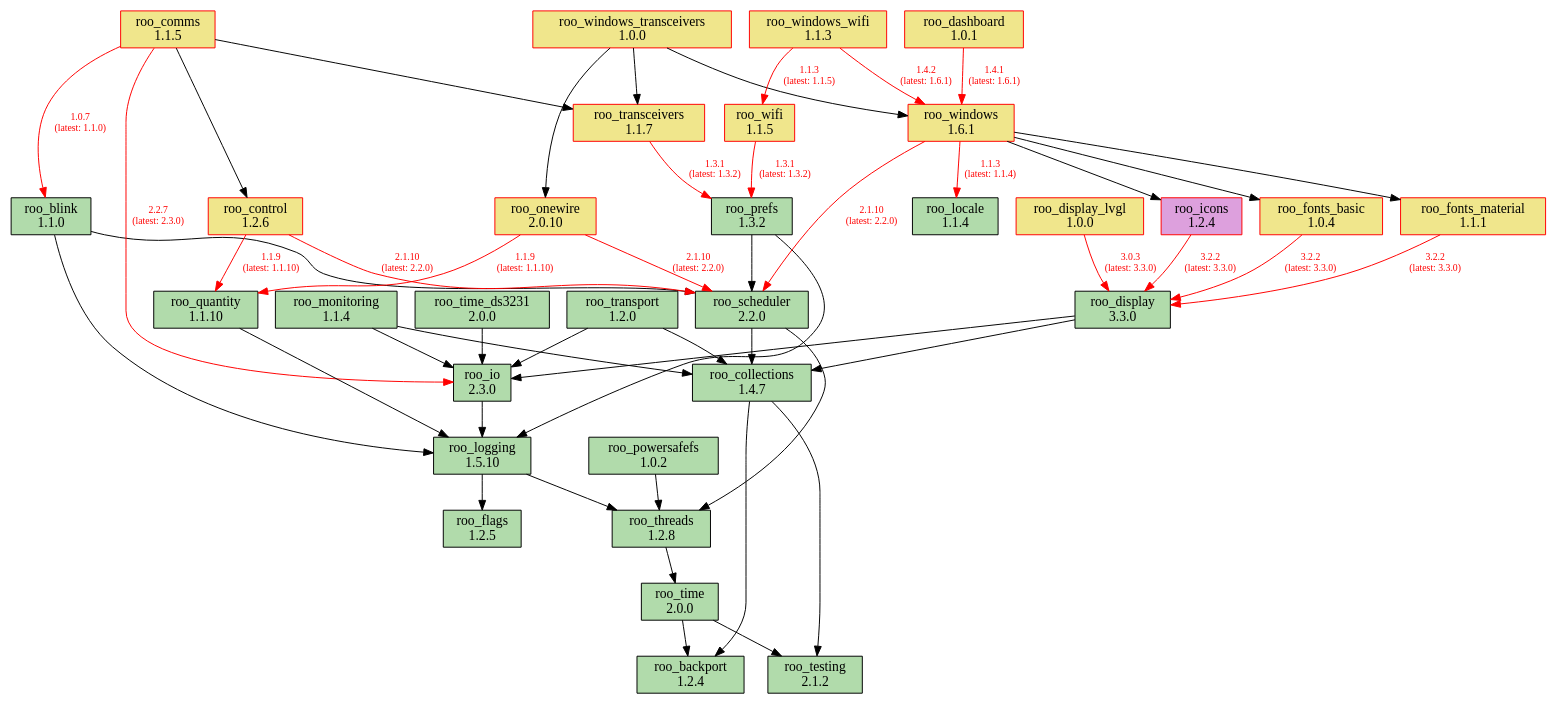
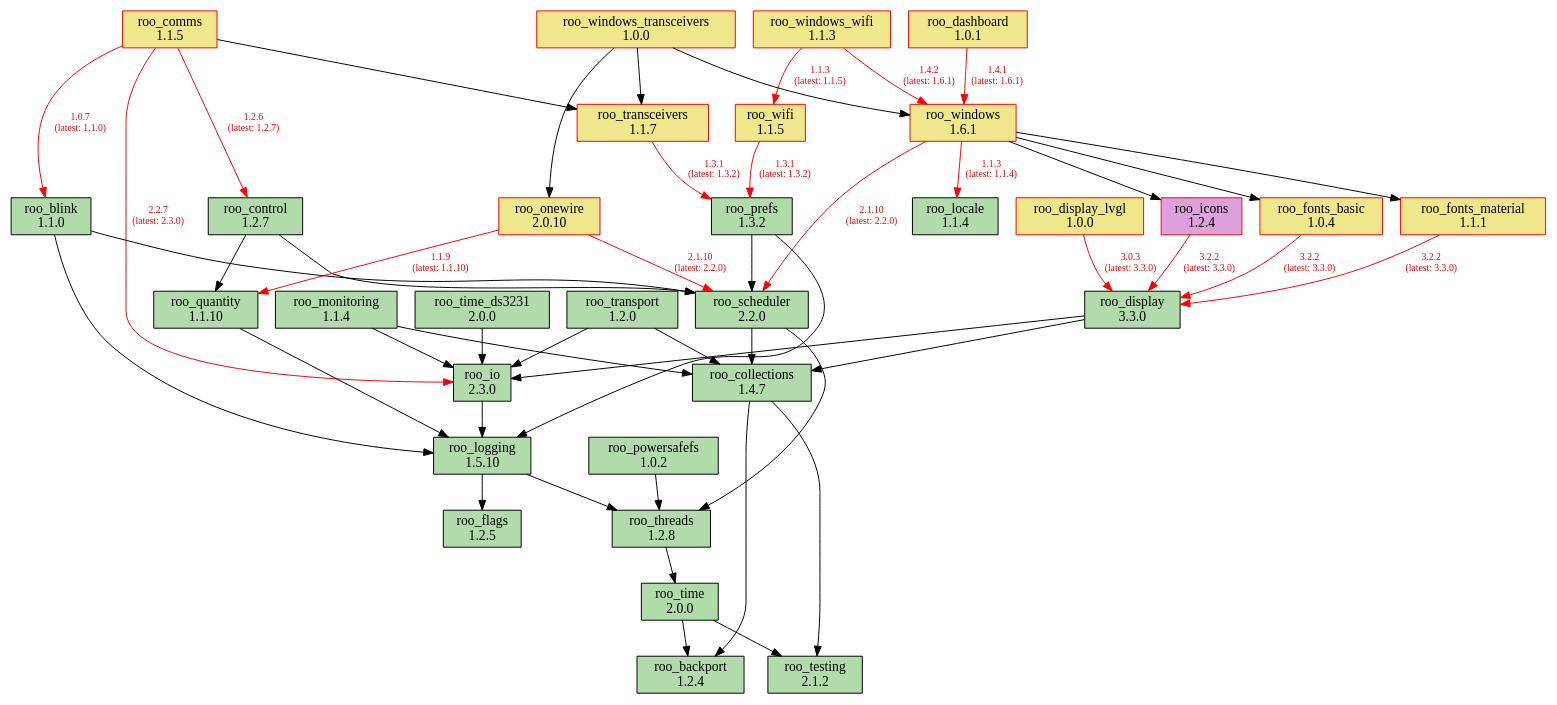
One commit to dejwk/roo-registry changed the diagram in doc/dependencies.dot. Above: the diagram before and after it, drawn with Graphviz. The commit also changed 3 other files, not shown here.

Commit message:
Added roo_control 1.2.7 to the registry.

```diff
--- a/doc/dependencies.dot
+++ b/doc/dependencies.dot
@@ -1,88 +1,88 @@
 digraph dependencies {
     rankdir=TB;
     node [shape=box, style=filled];
     edge [fontsize=10];
 
     // Modules
     "roo_backport" [label="roo_backport\n1.2.4", fillcolor="#b1dbab", color="black"];
     "roo_blink" [label="roo_blink\n1.1.0", fillcolor="#b1dbab", color="black"];
     "roo_collections" [label="roo_collections\n1.4.7", fillcolor="#b1dbab", color="black"];
     "roo_comms" [label="roo_comms\n1.1.5", fillcolor="khaki", color="red"];
-    "roo_control" [label="roo_control\n1.2.6", fillcolor="khaki", color="red"];
+    "roo_control" [label="roo_control\n1.2.7", fillcolor="#b1dbab", color="black"];
     "roo_dashboard" [label="roo_dashboard\n1.0.1", fillcolor="khaki", color="red"];
     "roo_display" [label="roo_display\n3.3.0", fillcolor="#b1dbab", color="black"];
     "roo_display_lvgl" [label="roo_display_lvgl\n1.0.0", fillcolor="khaki", color="red"];
     "roo_flags" [label="roo_flags\n1.2.5", fillcolor="#b1dbab", color="black"];
     "roo_fonts_basic" [label="roo_fonts_basic\n1.0.4", fillcolor="khaki", color="red"];
     "roo_fonts_material" [label="roo_fonts_material\n1.1.1", fillcolor="khaki", color="red"];
     "roo_icons" [label="roo_icons\n1.2.4", fillcolor="plum", color="red"];
     "roo_io" [label="roo_io\n2.3.0", fillcolor="#b1dbab", color="black"];
     "roo_locale" [label="roo_locale\n1.1.4", fillcolor="#b1dbab", color="black"];
     "roo_logging" [label="roo_logging\n1.5.10", fillcolor="#b1dbab", color="black"];
     "roo_monitoring" [label="roo_monitoring\n1.1.4", fillcolor="#b1dbab", color="black"];
     "roo_onewire" [label="roo_onewire\n2.0.10", fillcolor="khaki", color="red"];
     "roo_powersafefs" [label="roo_powersafefs\n1.0.2", fillcolor="#b1dbab", color="black"];
     "roo_prefs" [label="roo_prefs\n1.3.2", fillcolor="#b1dbab", color="black"];
     "roo_quantity" [label="roo_quantity\n1.1.10", fillcolor="#b1dbab", color="black"];
     "roo_scheduler" [label="roo_scheduler\n2.2.0", fillcolor="#b1dbab", color="black"];
     "roo_testing" [label="roo_testing\n2.1.2", fillcolor="#b1dbab", color="black"];
     "roo_threads" [label="roo_threads\n1.2.8", fillcolor="#b1dbab", color="black"];
     "roo_time" [label="roo_time\n2.0.0", fillcolor="#b1dbab", color="black"];
     "roo_time_ds3231" [label="roo_time_ds3231\n2.0.0", fillcolor="#b1dbab", color="black"];
     "roo_transceivers" [label="roo_transceivers\n1.1.7", fillcolor="khaki", color="red"];
     "roo_transport" [label="roo_transport\n1.2.0", fillcolor="#b1dbab", color="black"];
     "roo_wifi" [label="roo_wifi\n1.1.5", fillcolor="khaki", color="red"];
     "roo_windows" [label="roo_windows\n1.6.1", fillcolor="khaki", color="red"];
     "roo_windows_transceivers" [label="roo_windows_transceivers\n1.0.0", fillcolor="khaki", color="red"];
     "roo_windows_wifi" [label="roo_windows_wifi\n1.1.3", fillcolor="khaki", color="red"];
 
     // Dependencies
     "roo_blink" -> "roo_logging";
     "roo_blink" -> "roo_scheduler";
     "roo_collections" -> "roo_testing";
     "roo_collections" -> "roo_backport";
     "roo_comms" -> "roo_blink" [color=red, fontcolor=red, label="1.0.7\n(latest: 1.1.0)"];
-    "roo_comms" -> "roo_control";
+    "roo_comms" -> "roo_control" [color=red, fontcolor=red, label="1.2.6\n(latest: 1.2.7)"];
     "roo_comms" -> "roo_io" [color=red, fontcolor=red, label="2.2.7\n(latest: 2.3.0)"];
     "roo_comms" -> "roo_transceivers";
-    "roo_control" -> "roo_quantity" [color=red, fontcolor=red, label="1.1.9\n(latest: 1.1.10)"];
-    "roo_control" -> "roo_scheduler" [color=red, fontcolor=red, label="2.1.10\n(latest: 2.2.0)"];
+    "roo_control" -> "roo_quantity";
+    "roo_control" -> "roo_scheduler";
     "roo_dashboard" -> "roo_windows" [color=red, fontcolor=red, label="1.4.1\n(latest: 1.6.1)"];
     "roo_display" -> "roo_collections";
     "roo_display" -> "roo_io";
     "roo_display_lvgl" -> "roo_display" [color=red, fontcolor=red, label="3.0.3\n(latest: 3.3.0)"];
     "roo_fonts_basic" -> "roo_display" [color=red, fontcolor=red, label="3.2.2\n(latest: 3.3.0)"];
     "roo_fonts_material" -> "roo_display" [color=red, fontcolor=red, label="3.2.2\n(latest: 3.3.0)"];
     "roo_icons" -> "roo_display" [color=red, fontcolor=red, label="3.2.2\n(latest: 3.3.0)"];
     "roo_io" -> "roo_logging";
     "roo_logging" -> "roo_flags";
     "roo_logging" -> "roo_threads";
     "roo_monitoring" -> "roo_collections";
     "roo_monitoring" -> "roo_io";
     "roo_onewire" -> "roo_scheduler" [color=red, fontcolor=red, label="2.1.10\n(latest: 2.2.0)"];
     "roo_onewire" -> "roo_quantity" [color=red, fontcolor=red, label="1.1.9\n(latest: 1.1.10)"];
     "roo_powersafefs" -> "roo_threads";
     "roo_prefs" -> "roo_logging";
     "roo_prefs" -> "roo_scheduler";
     "roo_quantity" -> "roo_logging";
     "roo_scheduler" -> "roo_collections";
     "roo_scheduler" -> "roo_threads";
     "roo_threads" -> "roo_time";
     "roo_time" -> "roo_testing";
     "roo_time" -> "roo_backport";
     "roo_time_ds3231" -> "roo_io";
     "roo_transceivers" -> "roo_prefs" [color=red, fontcolor=red, label="1.3.1\n(latest: 1.3.2)"];
     "roo_transport" -> "roo_collections";
     "roo_transport" -> "roo_io";
     "roo_wifi" -> "roo_prefs" [color=red, fontcolor=red, label="1.3.1\n(latest: 1.3.2)"];
     "roo_windows" -> "roo_fonts_basic";
     "roo_windows" -> "roo_fonts_material";
     "roo_windows" -> "roo_locale" [color=red, fontcolor=red, label="1.1.3\n(latest: 1.1.4)"];
     "roo_windows" -> "roo_icons";
     "roo_windows" -> "roo_scheduler" [color=red, fontcolor=red, label="2.1.10\n(latest: 2.2.0)"];
     "roo_windows_transceivers" -> "roo_onewire";
     "roo_windows_transceivers" -> "roo_transceivers";
     "roo_windows_transceivers" -> "roo_windows";
     "roo_windows_wifi" -> "roo_wifi" [color=red, fontcolor=red, label="1.1.3\n(latest: 1.1.5)"];
     "roo_windows_wifi" -> "roo_windows" [color=red, fontcolor=red, label="1.4.2\n(latest: 1.6.1)"];
 }
```
